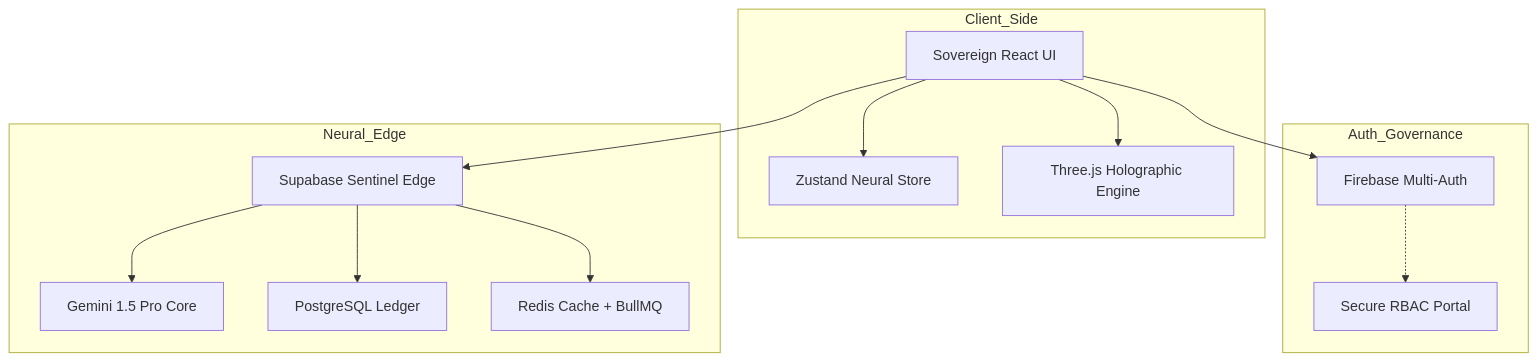
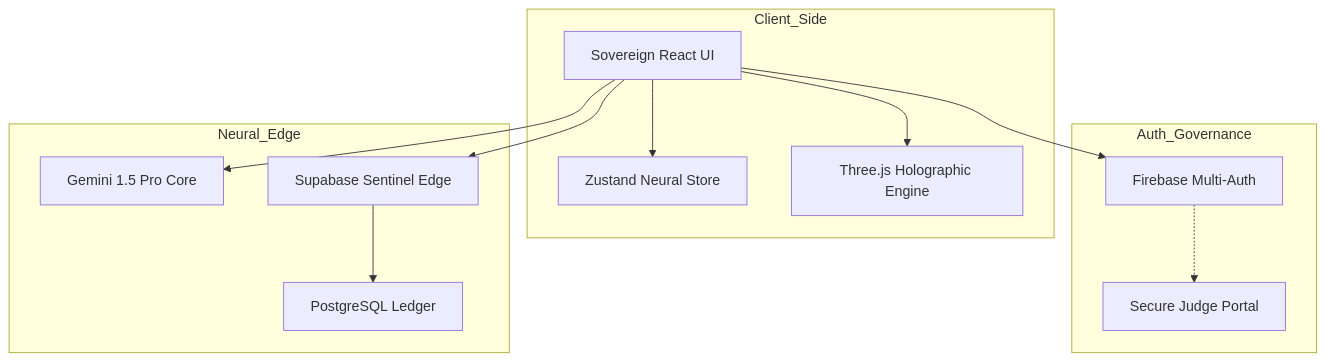
The diagram in unbiased-ai/README.md (KR-007J/unbiased-ai), drawn with Mermaid before and after one commit. The commit also changed other lines of this file and 24 other files, not shown here.

````diff
--- a/unbiased-ai/README.md
+++ b/unbiased-ai/README.md
@@ -52,17 +45,16 @@
 ```mermaid
 graph TD
     subgraph Client_Side
         A[Sovereign React UI] --> B[Zustand Neural Store]
         A --> C[Three.js Holographic Engine]
     end
     subgraph Auth_Governance
         A --> D[Firebase Multi-Auth]
-        D -.-> H[Secure RBAC Portal]
+        D -.-> H[Secure Judge Portal]
     end
     subgraph Neural_Edge
+        A --> F[Gemini 1.5 Pro Core]
         A --> E[Supabase Sentinel Edge]
-        E --> F[Gemini 1.5 Pro Core]
         E --> G[PostgreSQL Ledger]
-        E --> I[Redis Cache + BullMQ]
     end
 ```
````
